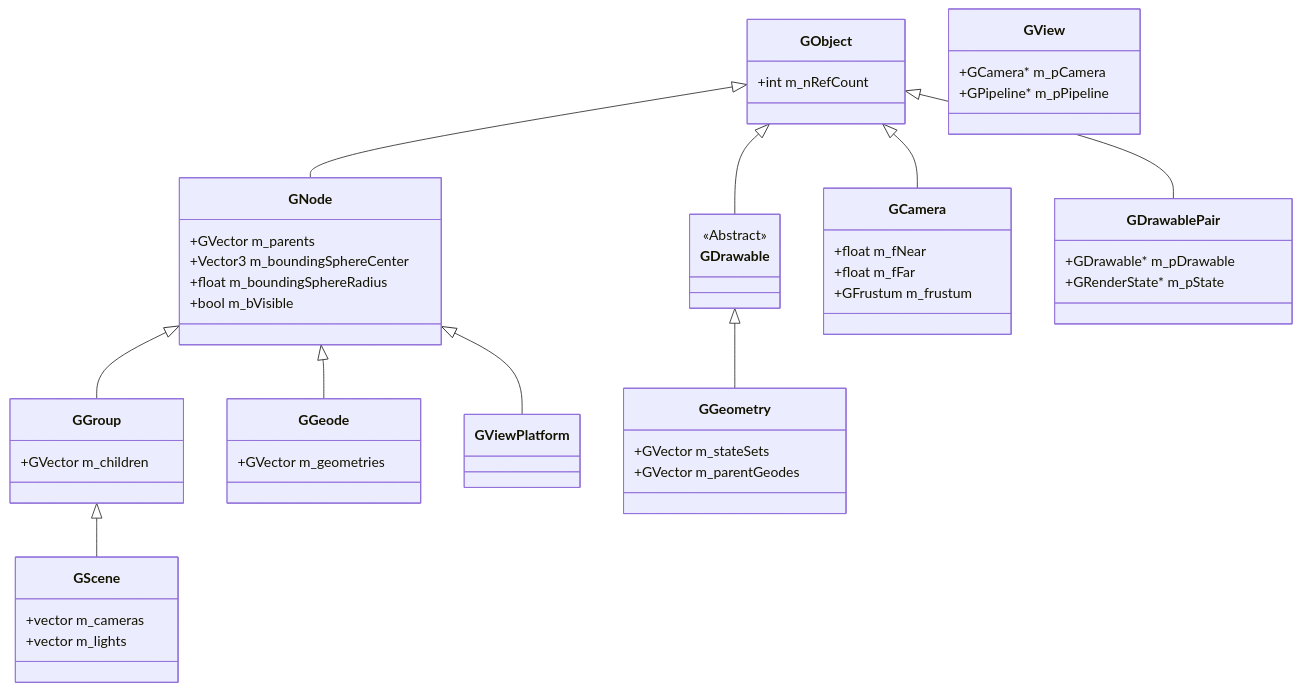
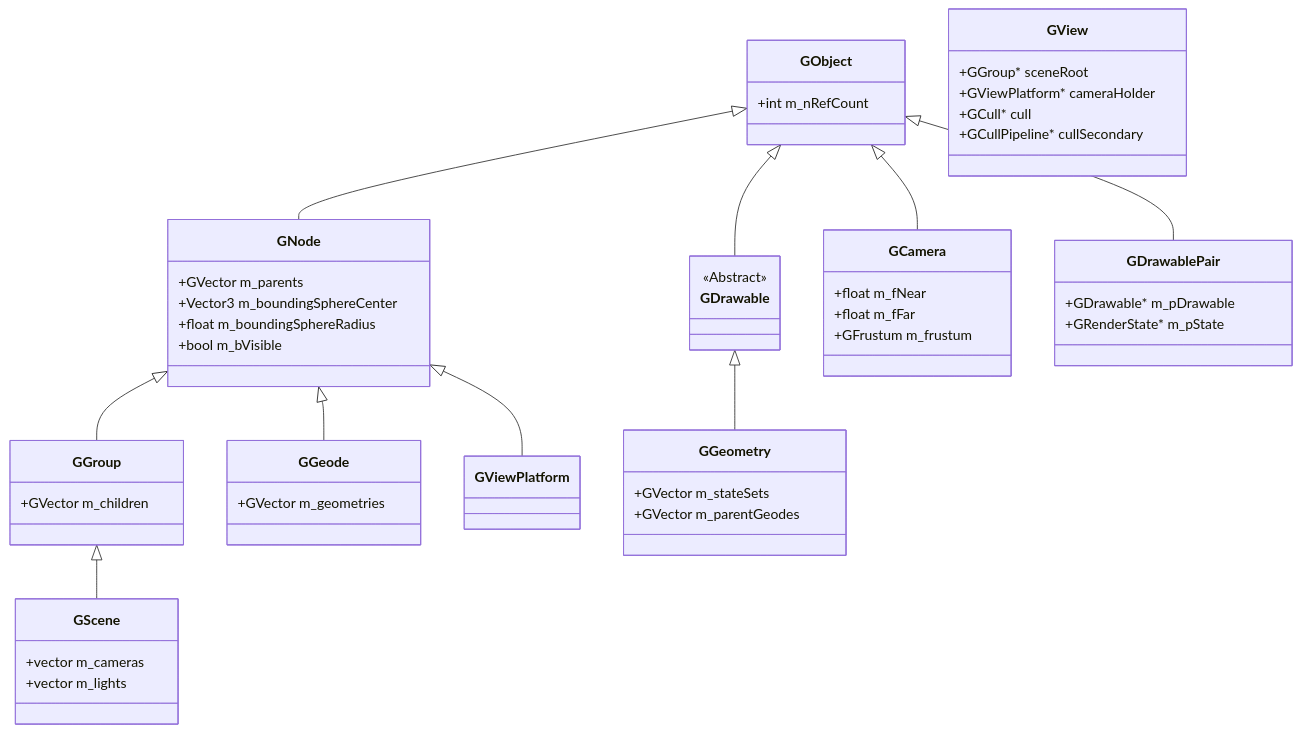
The diagram in Docs/RE/specs/scene_graph.md (AriusII/MartialHeroes-RE), drawn with Mermaid before and after one commit. The commit also changed other lines of this file and 69 other files, not shown here.

````diff
--- a/Docs/RE/specs/scene_graph.md
+++ b/Docs/RE/specs/scene_graph.md
@@ -13,52 +31,54 @@
 ```mermaid
 classDiagram
     class GObject {
         +int m_nRefCount
     }
     class GNode {
         +GVector m_parents
         +Vector3 m_boundingSphereCenter
         +float m_boundingSphereRadius
         +bool m_bVisible
     }
     class GGroup {
         +GVector m_children
     }
     class GScene {
         +vector m_cameras
         +vector m_lights
     }
     class GGeode {
         +GVector m_geometries
     }
     class GDrawable {
         <<Abstract>>
     }
     class GGeometry {
         +GVector m_stateSets
         +GVector m_parentGeodes
     }
     class GView {
-        +GCamera* m_pCamera
-        +GPipeline* m_pPipeline
+        +GGroup* sceneRoot
+        +GViewPlatform* cameraHolder
+        +GCull* cull
+        +GCullPipeline* cullSecondary
     }
     class GCamera {
         +float m_fNear
         +float m_fFar
         +GFrustum m_frustum
     }
     class GDrawablePair {
         +GDrawable* m_pDrawable
         +GRenderState* m_pState
     }
 
     GObject <|-- GNode
     GNode <|-- GGroup
     GGroup <|-- GScene
     GNode <|-- GGeode
     GObject <|-- GDrawable
     GDrawable <|-- GGeometry
     GNode <|-- GViewPlatform
     GObject <|-- GCamera
     GObject <|-- GDrawablePair
 ```
````
